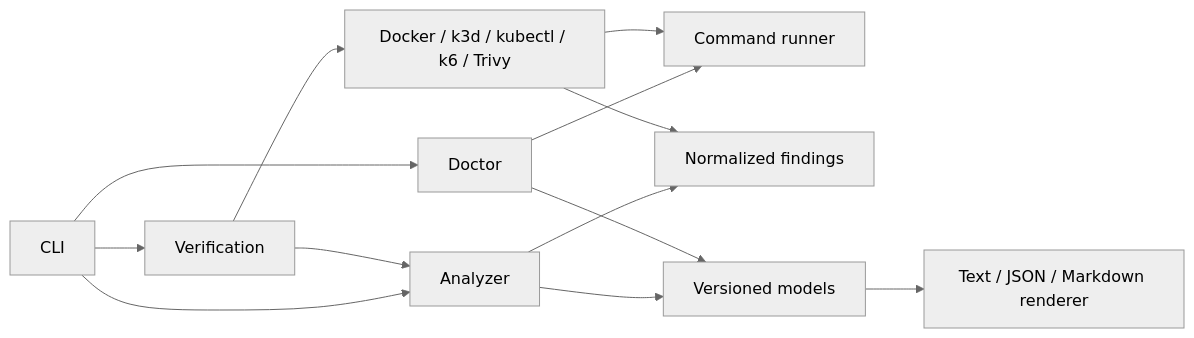
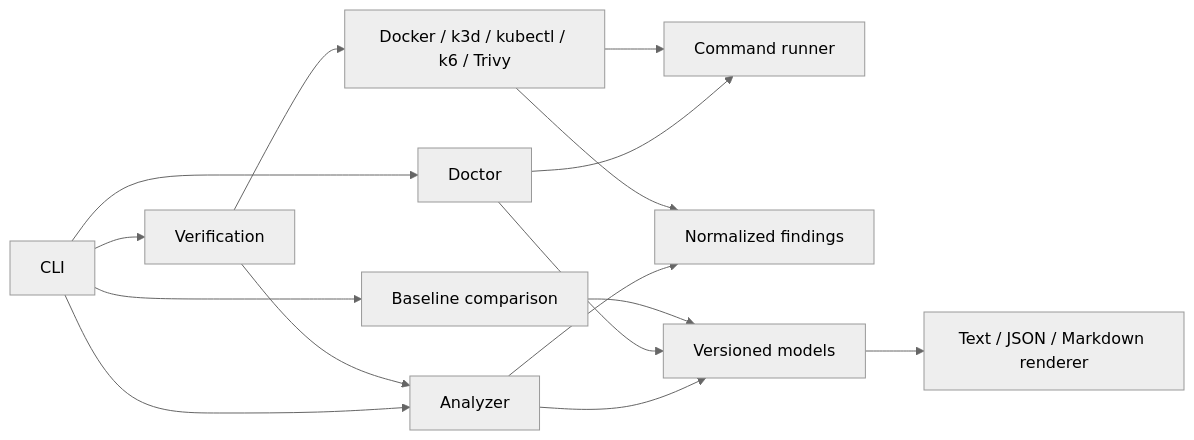
One commit to noor15102002/cloud-forge changed the diagram in docs/architecture.md. Above: the diagram before and after it, drawn with Mermaid (neutral theme). The commit also changed other lines of this file and 17 other files, not shown here.

First line of the commit message:
Add deterministic baseline regression comparison (#26)

````diff
--- a/docs/architecture.md
+++ b/docs/architecture.md
@@ -24,15 +25,17 @@
 ```mermaid
 flowchart LR
     CLI --> Analyzer
     CLI --> Doctor
     CLI --> Verification
     Doctor --> Runner[Command runner]
     Verification --> Analyzer
     Verification --> Executor[Docker / k3d / kubectl / k6 / Trivy]
+    CLI --> Regression[Baseline comparison]
     Analyzer --> Findings[Normalized findings]
     Executor --> Findings
     Executor --> Runner
     Analyzer --> Model[Versioned models]
     Doctor --> Model
     Model --> Render[Text / JSON / Markdown renderer]
+    Regression --> Model
 ```
````
